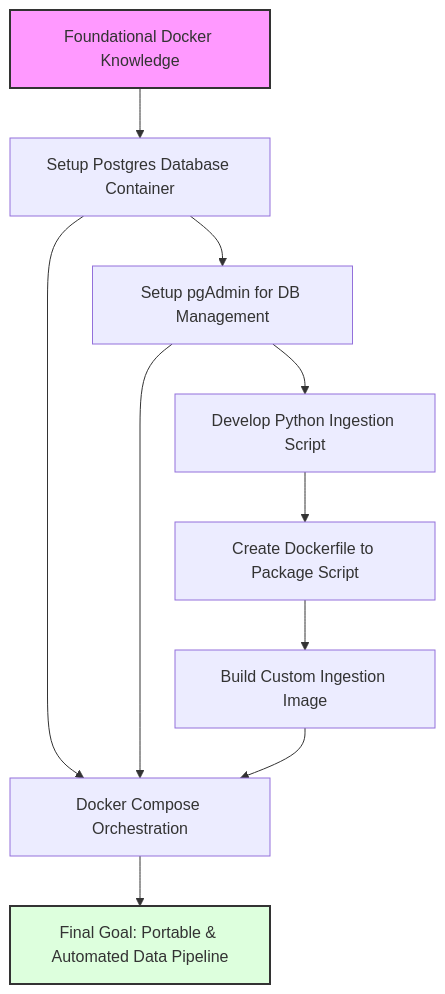
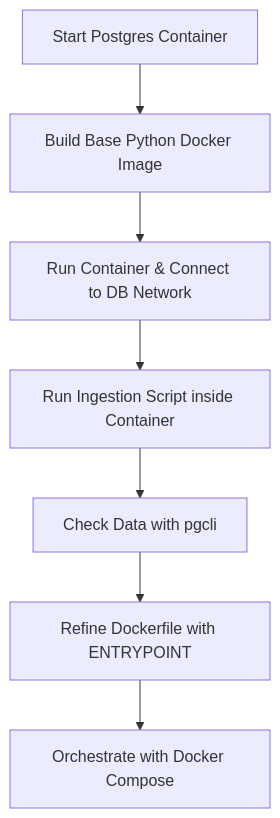
Before and after one commit to JadeYoung16/data_engineering_zoomcamp: the diagram in Module 1 Note.md, drawn with Mermaid.

Commit message:
Update Module 1 Note.md

````diff
--- a/Module 1 Note.md
+++ b/Module 1 Note.md
@@ -20,25 +20,9 @@
 ```mermaid
 graph TD
-    %% Step 1: Foundation
-    A[Foundational Docker Knowledge] --> B[Setup Postgres Database Container]
-    
-    %% Step 2: Infrastructure
-    B --> C[Setup pgAdmin for DB Management]
-    
-    %% Step 3: Application Development
-    C --> D[Develop Python Ingestion Script]
-    
-    %% Step 4: Packaging
-    D --> E[Create Dockerfile to Package Script]
-    E --> F[Build Custom Ingestion Image]
-    
-    %% Step 5: Orchestration
-    B & C & F --> G[Docker Compose Orchestration]
-    
-    %% Final Result
-    G --> H[Final Goal: Portable & Automated Data Pipeline]
-
-    %% Styling for clarity
-    style A fill:#f9f,stroke:#333,stroke-width:2px
-    style H fill:#dfd,stroke:#333,stroke-width:2px
+    A[Start Postgres Container] --> B[Build Base Python Docker Image]
+    B --> C[Run Container & Connect to DB Network]
+    C --> D[Run Ingestion Script inside Container]
+    D --> E[Check Data with pgcli]
+    E --> F[Refine Dockerfile with ENTRYPOINT]
+    F --> G[Orchestrate with Docker Compose]
 ```
````
